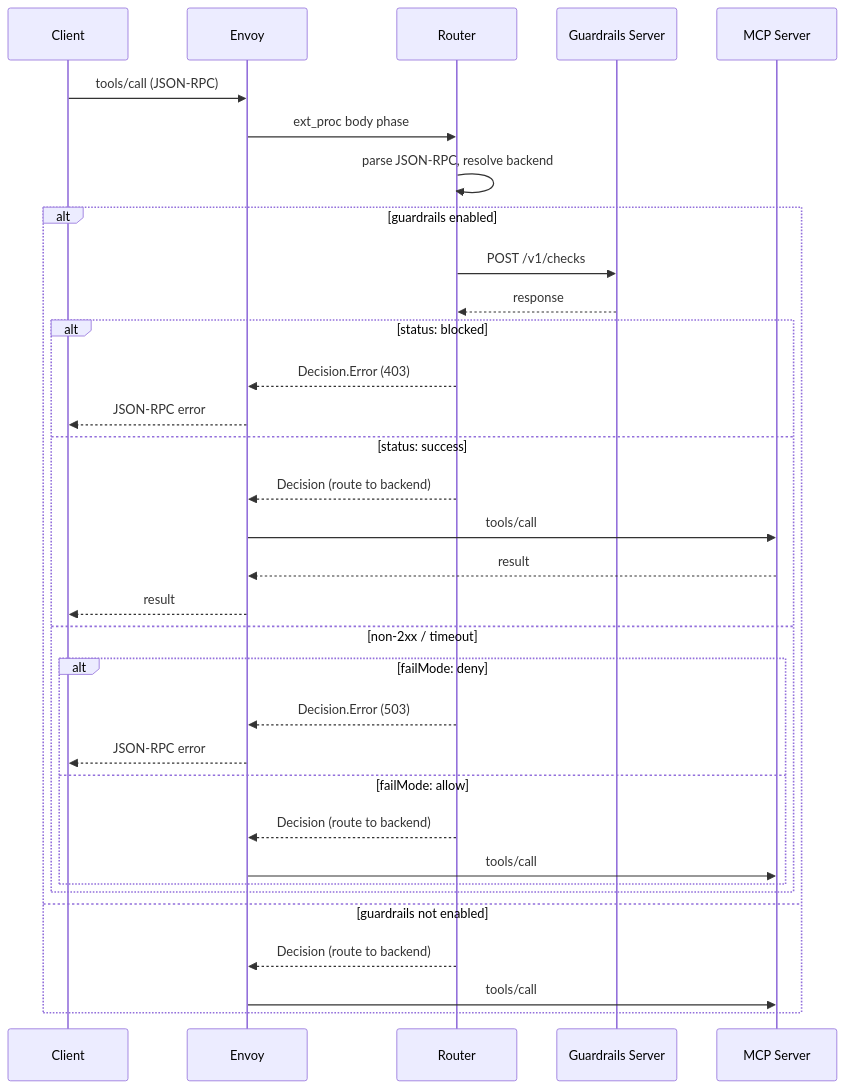
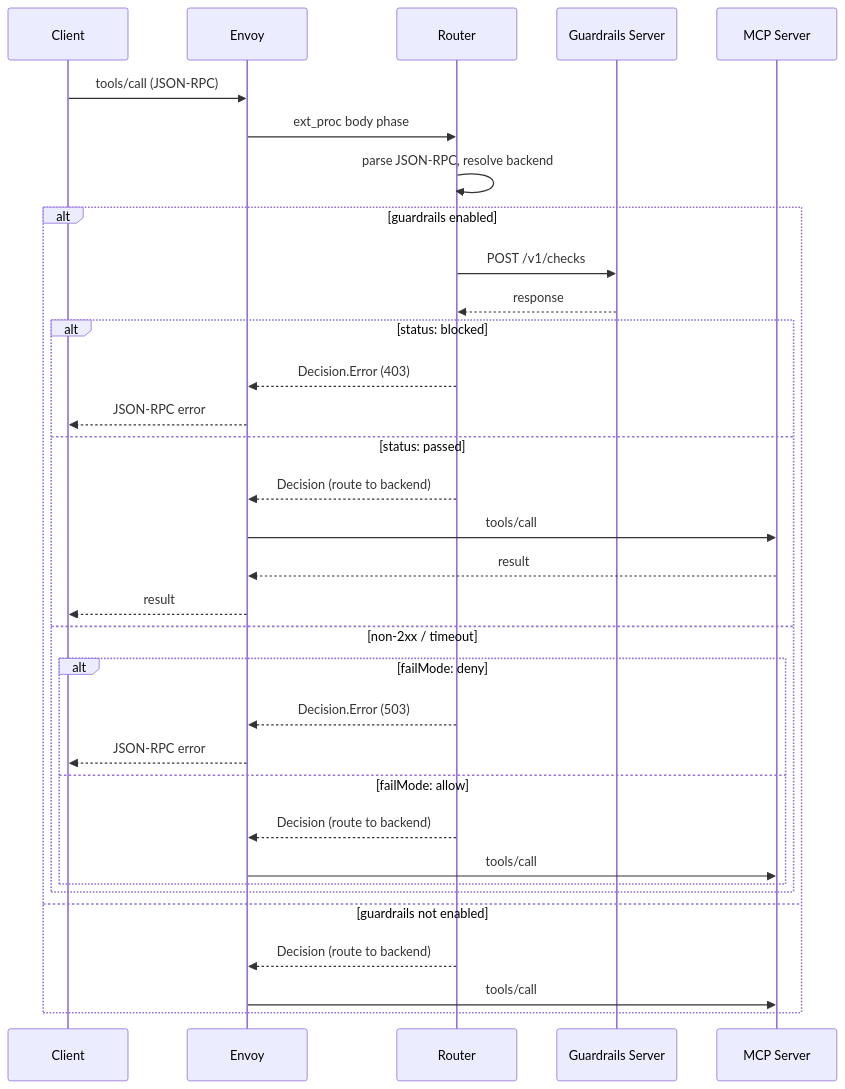
Before and after one commit to Kuadrant/mcp-gateway: the first of 2 diagrams in docs/design/guardrails/guardrails-design.md, drawn with Mermaid. The commit also changed other lines of this file and 4 other files, not shown here.

Commit message:
feat(guardrails):use nemo 'passed' status in place of 'success' (#1540)

````diff
--- a/docs/design/guardrails/guardrails-design.md
+++ b/docs/design/guardrails/guardrails-design.md
@@ -177,38 +177,38 @@
 ```mermaid
 sequenceDiagram
     participant Client
     participant Envoy
     participant Router
     participant Guardrails as Guardrails Server
     participant Backend as MCP Server
 
     Client->>Envoy: tools/call (JSON-RPC)
     Envoy->>Router: ext_proc body phase
     Router->>Router: parse JSON-RPC, resolve backend
 
     alt guardrails enabled
         Router->>Guardrails: POST /v1/checks
         Guardrails-->>Router: response
 
         alt status: blocked
             Router-->>Envoy: Decision.Error (403)
             Envoy-->>Client: JSON-RPC error
-        else status: success
+        else status: passed
             Router-->>Envoy: Decision (route to backend)
             Envoy->>Backend: tools/call
             Backend-->>Envoy: result
             Envoy-->>Client: result
         else non-2xx / timeout
             alt failMode: deny
                 Router-->>Envoy: Decision.Error (503)
                 Envoy-->>Client: JSON-RPC error
             else failMode: allow
                 Router-->>Envoy: Decision (route to backend)
                 Envoy->>Backend: tools/call
             end
         end
     else guardrails not enabled
         Router-->>Envoy: Decision (route to backend)
         Envoy->>Backend: tools/call
     end
 ```
````
